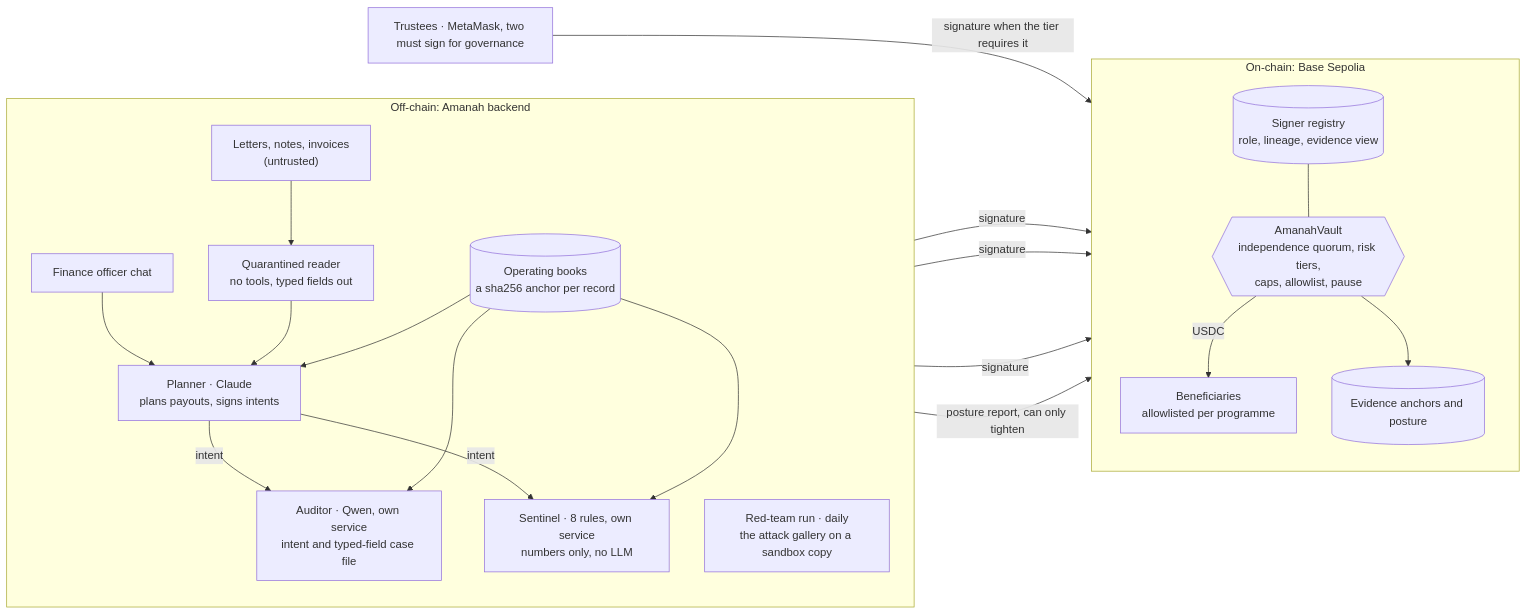
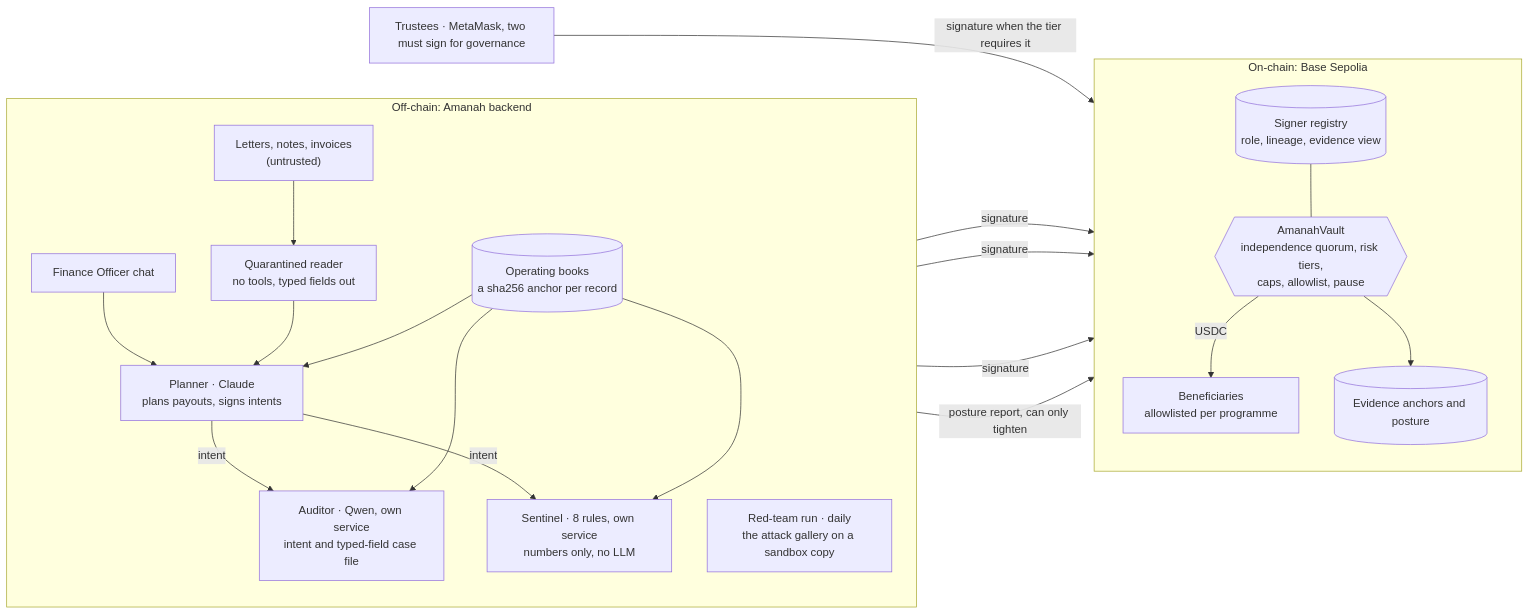
One commit to hafizmnazman/amanah-wallet changed the first of 2 diagrams in README.md. Above: the diagram before and after it, drawn with Mermaid. The commit also changed other lines of this file and 49 other files, not shown here.

````diff
--- a/README.md
+++ b/README.md
@@ -322,37 +322,37 @@
 ```mermaid
 flowchart LR
   subgraph OFF["Off-chain: Amanah backend"]
     direction TB
-    CHAT["Finance officer chat"]
+    CHAT["Finance Officer chat"]
     DOCS["Letters, notes, invoices<br/>(untrusted)"]
     QR["Quarantined reader<br/>no tools, typed fields out"]
     PL["Planner · Claude<br/>plans payouts, signs intents"]
     AU["Auditor · Qwen, own service<br/>intent and typed-field case file"]
     SE["Sentinel · 8 rules, own service<br/>numbers only, no LLM"]
     BOOKS[("Operating books<br/>a sha256 anchor per record")]
     RT["Red-team run · daily<br/>the attack gallery on a sandbox copy"]
     CHAT --> PL
     DOCS --> QR --> PL
     PL -- "intent" --> AU
     PL -- "intent" --> SE
     BOOKS --> PL
     BOOKS --> AU
     BOOKS --> SE
   end
   subgraph ON["On-chain: Base Sepolia"]
     direction TB
     REG[("Signer registry<br/>role, lineage, evidence view")]
     VAULT{{"AmanahVault<br/>independence quorum, risk tiers,<br/>caps, allowlist, pause"}}
     BEN["Beneficiaries<br/>allowlisted per programme"]
     LOG[("Evidence anchors and posture")]
   end
   TR["Trustees · MetaMask, two must sign for governance"]
   PL -- "signature" --> VAULT
   AU -- "signature" --> VAULT
   SE -- "signature" --> VAULT
   TR -- "signature when the tier requires it" --> VAULT
   REG --- VAULT
   VAULT -- "USDC" --> BEN
   VAULT --> LOG
   RT -- "posture report, can only tighten" --> VAULT
 ```
````
